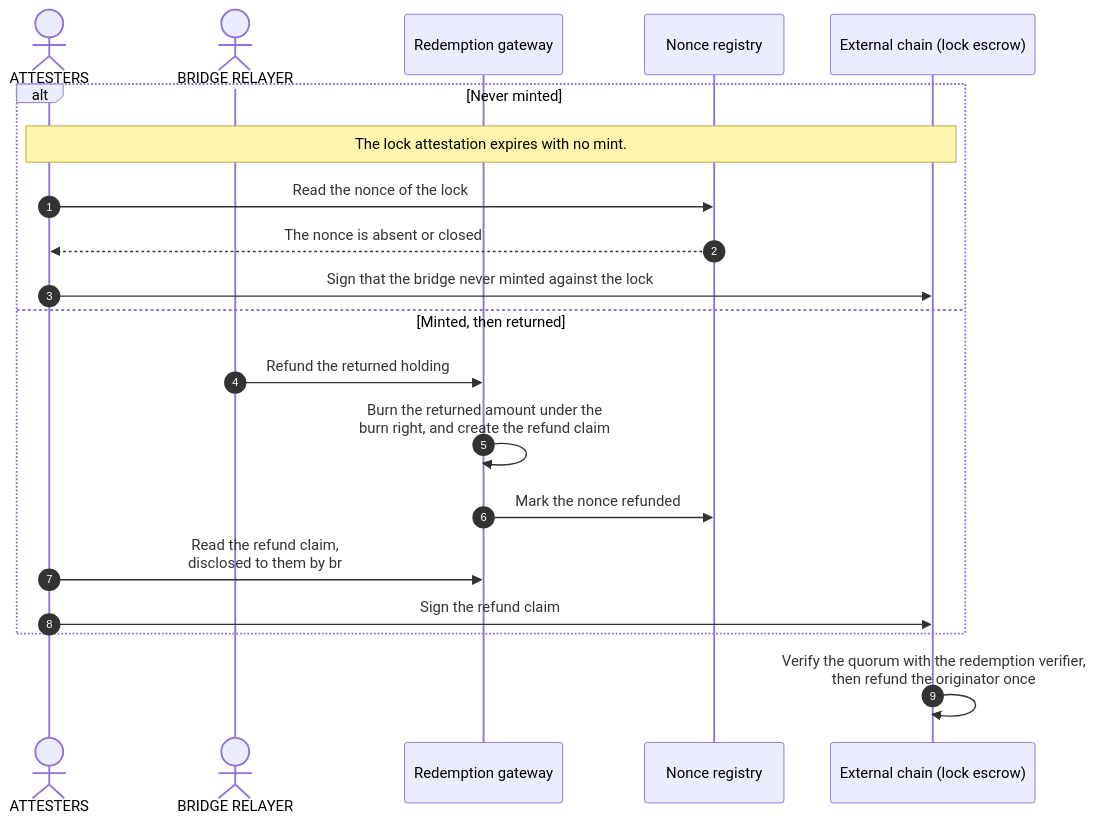
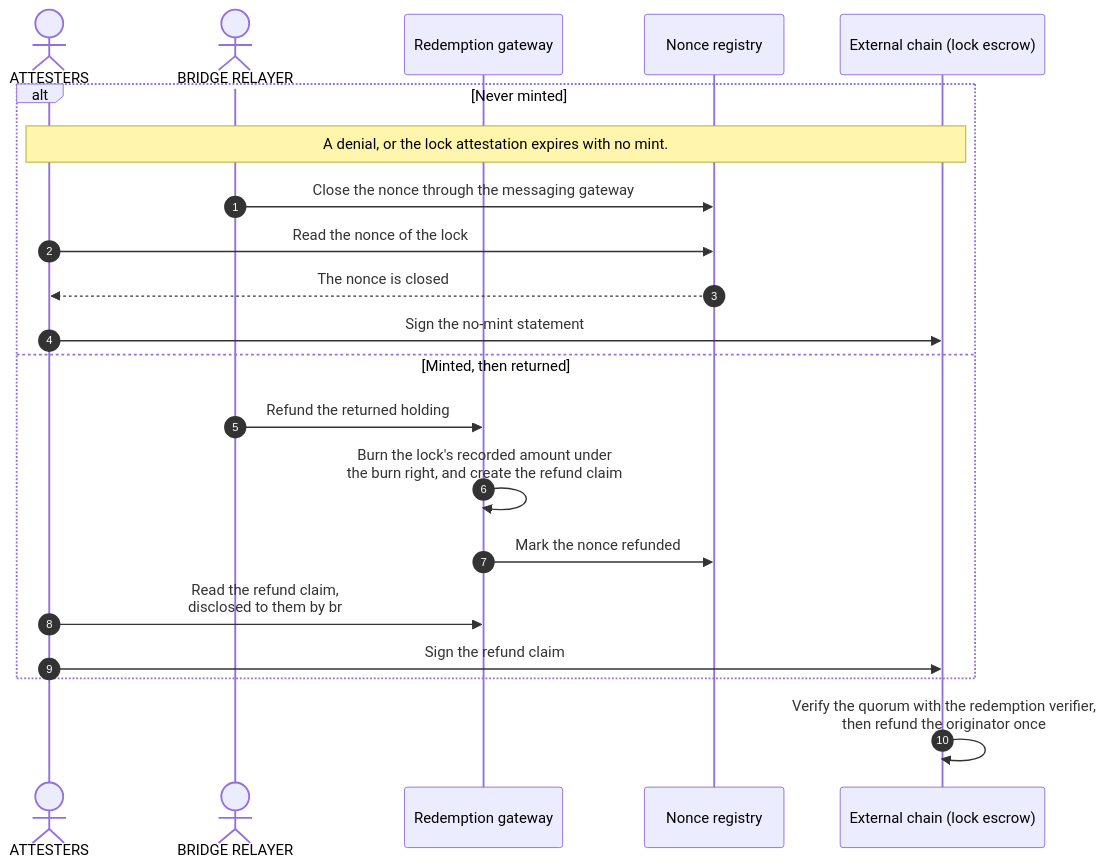
One commit to OpenZeppelin/canton-specs changed the second of 3 diagrams in docs/reference-architectures/cross-chain-stablecoin.md. Above: the diagram before and after it, drawn with Mermaid. The commit also changed other lines of this file and 20 other files, not shown here.

````diff
--- a/docs/reference-architectures/cross-chain-stablecoin.md
+++ b/docs/reference-architectures/cross-chain-stablecoin.md
@@ -538,23 +544,24 @@
 ```mermaid
 sequenceDiagram
     autonumber
     actor Attesters as ATTESTERS
     actor Relayer as BRIDGE RELAYER
     participant Redeem as Redemption gateway
     participant Reg as Nonce registry
     participant Chain as External chain (lock escrow)
 
     alt Never minted
-        Note over Attesters,Chain: The lock attestation expires with no mint.
+        Note over Attesters,Chain: A denial, or the lock attestation expires with no mint.
+        Relayer->>Reg: Close the nonce through the messaging gateway
         Attesters->>Reg: Read the nonce of the lock
-        Reg-->>Attesters: The nonce is absent or closed
-        Attesters->>Chain: Sign that the bridge never minted against the lock
+        Reg-->>Attesters: The nonce is closed
+        Attesters->>Chain: Sign the no-mint statement
     else Minted, then returned
         Relayer->>Redeem: Refund the returned holding
-        Redeem->>Redeem: Burn the returned amount under the<br/>burn right, and create the refund claim
+        Redeem->>Redeem: Burn the lock's recorded amount under<br/>the burn right, and create the refund claim
         Redeem->>Reg: Mark the nonce refunded
         Attesters->>Redeem: Read the refund claim,<br/>disclosed to them by br
         Attesters->>Chain: Sign the refund claim
     end
     Chain->>Chain: Verify the quorum with the redemption verifier,<br/>then refund the originator once
 ```
````
